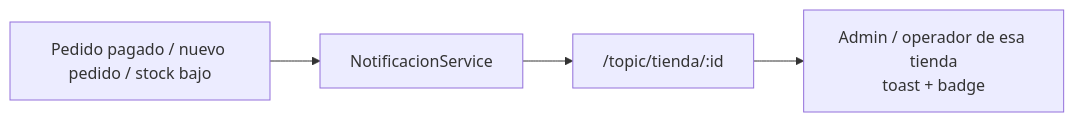
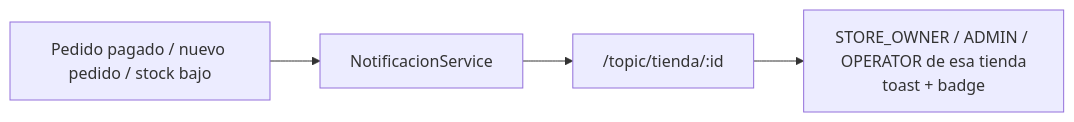
Before and after one commit to LeandroPacsiM/shopify-backend: the diagram in diagramas/09-websocket.md, drawn with Mermaid. The commit also changed other lines of this file and 21 other files, not shown here.

First line of the commit message:
F0: terminologia canonica ADR-016 en docs y diagramas

````diff
--- a/diagramas/09-websocket.md
+++ b/diagramas/09-websocket.md
@@ -7,6 +7,6 @@
 ```mermaid
 flowchart LR
     EVT["Pedido pagado / nuevo pedido / stock bajo"] --> SVC["NotificacionService"]
     SVC --> TOP["/topic/tienda/:id"]
-    TOP --> ADM["Admin / operador de esa tienda<br/>toast + badge"]
+    TOP --> ADM["STORE_OWNER / ADMIN / OPERATOR de esa tienda<br/>toast + badge"]
 ```
````
